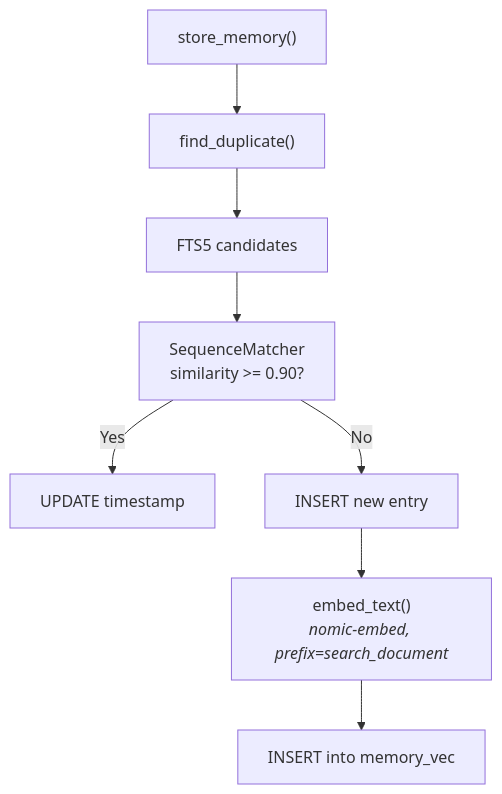
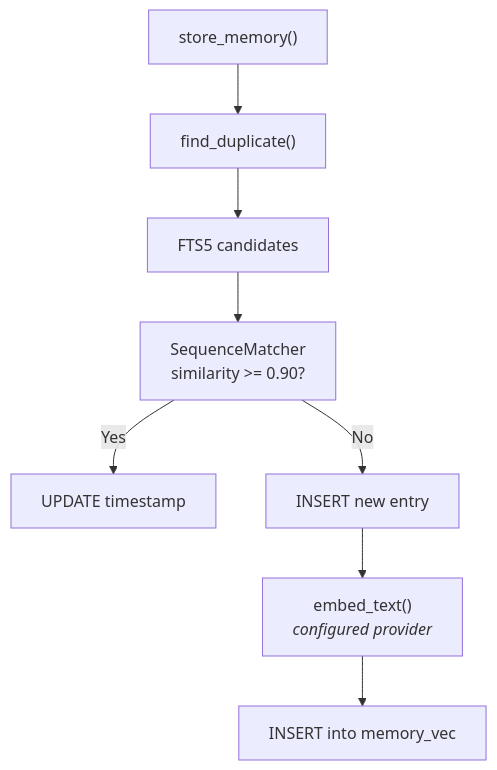
Before and after one commit to wiktordepina/mait-code: the second of 4 diagrams in docs/architecture.md, drawn with Mermaid. The commit also changed other lines of this file and 14 other files, not shown here.

````diff
--- a/docs/architecture.md
+++ b/docs/architecture.md
@@ -152,10 +153,10 @@
 ```mermaid
 flowchart TD
     A["store_memory()"] --> B["find_duplicate()"]
     B --> C["FTS5 candidates"]
     C --> D["SequenceMatcher<br/>similarity >= 0.90?"]
     D -->|Yes| E["UPDATE timestamp"]
     D -->|No| F["INSERT new entry"]
-    F --> G["embed_text()<br/><i>nomic-embed, prefix=search_document</i>"]
+    F --> G["embed_text()<br/><i>configured provider</i>"]
     G --> H["INSERT into memory_vec"]
 ```
````
